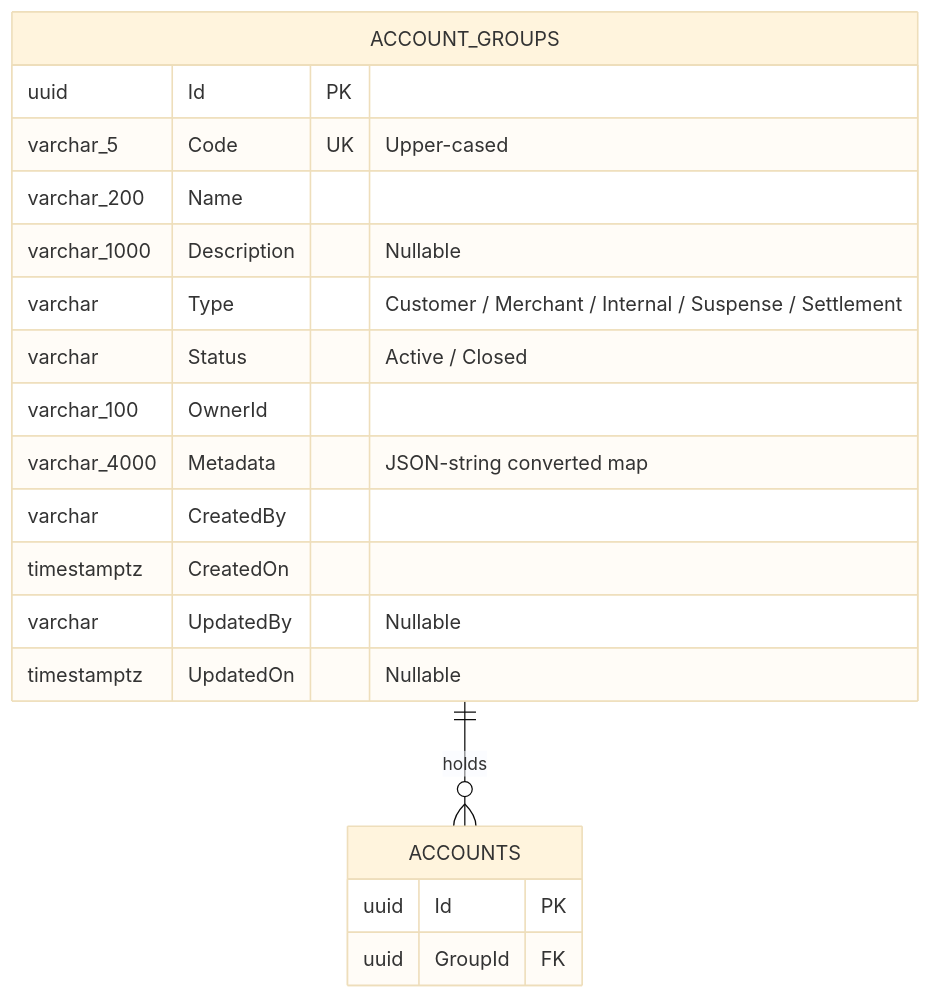
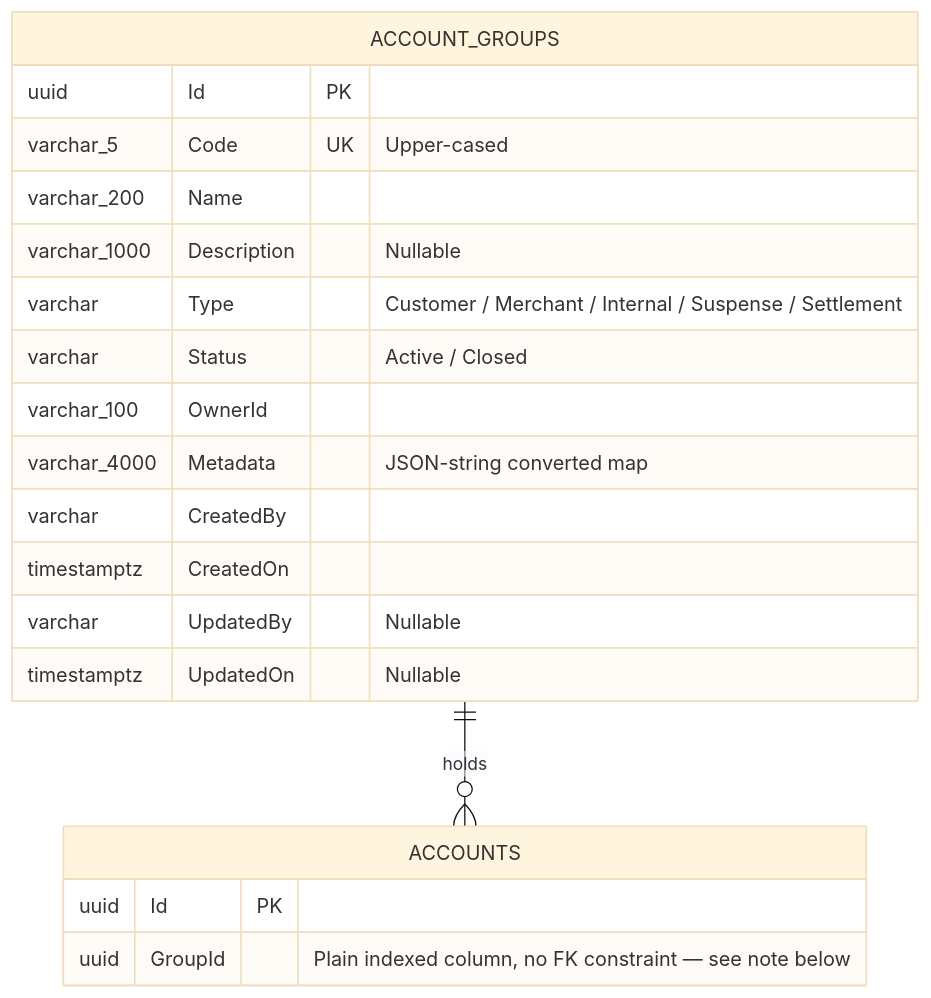
One commit to baoduy/DKNet.Accounts.Api changed the diagram in docs/features/account-groups/data-model.md. Above: the diagram before and after it, drawn with Mermaid (base theme). The commit also changed 13 other files, not shown here.

````diff
--- a/docs/features/account-groups/data-model.md
+++ b/docs/features/account-groups/data-model.md
@@ -5,22 +5,22 @@
 ```mermaid
 erDiagram
     ACCOUNT_GROUPS {
         uuid Id PK
         varchar_5 Code UK "Upper-cased"
         varchar_200 Name
         varchar_1000 Description "Nullable"
         varchar Type "Customer / Merchant / Internal / Suspense / Settlement"
         varchar Status "Active / Closed"
         varchar_100 OwnerId
         varchar_4000 Metadata "JSON-string converted map"
         varchar CreatedBy
         timestamptz CreatedOn
         varchar UpdatedBy "Nullable"
         timestamptz UpdatedOn "Nullable"
     }
     ACCOUNTS {
         uuid Id PK
-        uuid GroupId FK
+        uuid GroupId "Plain indexed column, no FK constraint — see note below"
     }
     ACCOUNT_GROUPS ||--o{ ACCOUNTS : "holds"
 ```
````
